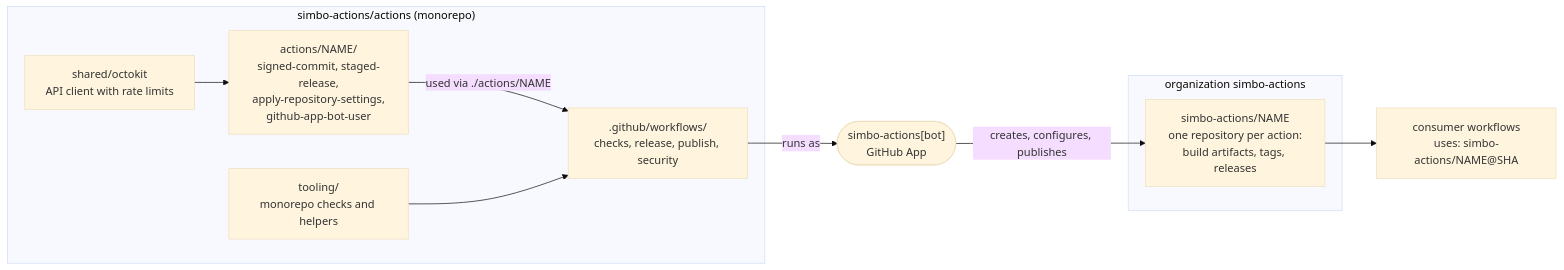
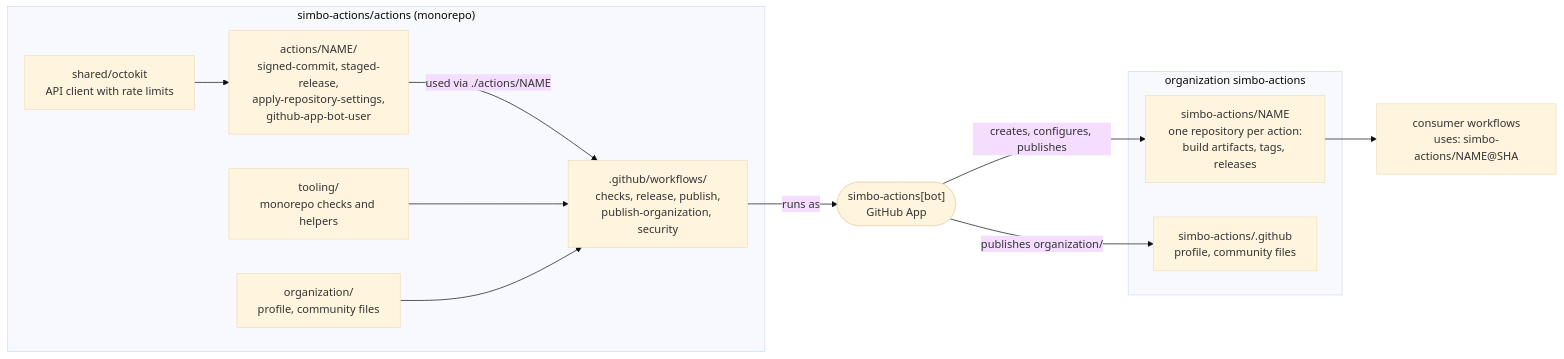
The first of 6 diagrams in ARCHITECTURE.md (simbo-actions/actions), drawn with Mermaid (base theme) before and after one commit. The commit also changed other lines of this file and 36 other files, not shown here.

````diff
--- a/ARCHITECTURE.md
+++ b/ARCHITECTURE.md
@@ -33,24 +34,28 @@
 ```mermaid
 flowchart LR
   subgraph monorepo["simbo-actions/actions (monorepo)"]
     actions["actions/NAME/<br/>signed-commit, staged-release,<br/>apply-repository-settings,<br/>github-app-bot-user"]
     shared["shared/octokit<br/>API client with rate limits"]
     tooling["tooling/<br/>monorepo checks and helpers"]
-    workflows[".github/workflows/<br/>checks, release, publish, security"]
+    workflows[".github/workflows/<br/>checks, release, publish,<br/>publish-organization, security"]
+    organization["organization/<br/>profile, community files"]
   end
 
   bot(["simbo-actions[bot]<br/>GitHub App"])
 
   subgraph org["organization simbo-actions"]
     repos["simbo-actions/NAME<br/>one repository per action:<br/>build artifacts, tags, releases"]
+    profile["simbo-actions/.github<br/>profile, community files"]
   end
 
   consumer["consumer workflows<br/>uses: simbo-actions/NAME@SHA"]
 
   shared --> actions
   actions -- "used via ./actions/NAME" --> workflows
   tooling --> workflows
+  organization --> workflows
   workflows -- "runs as" --> bot
   bot -- "creates, configures, publishes" --> repos
+  bot -- "publishes organization/" --> profile
   repos --> consumer
 ```
````
